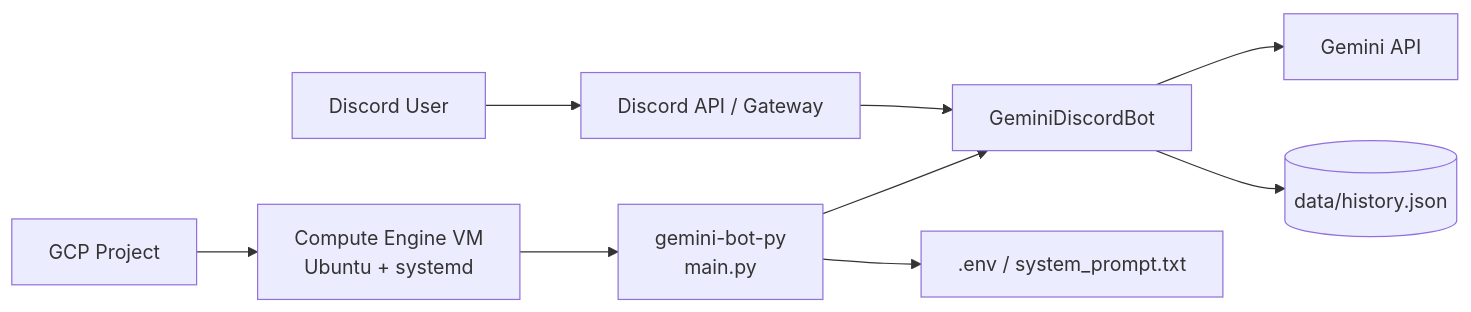
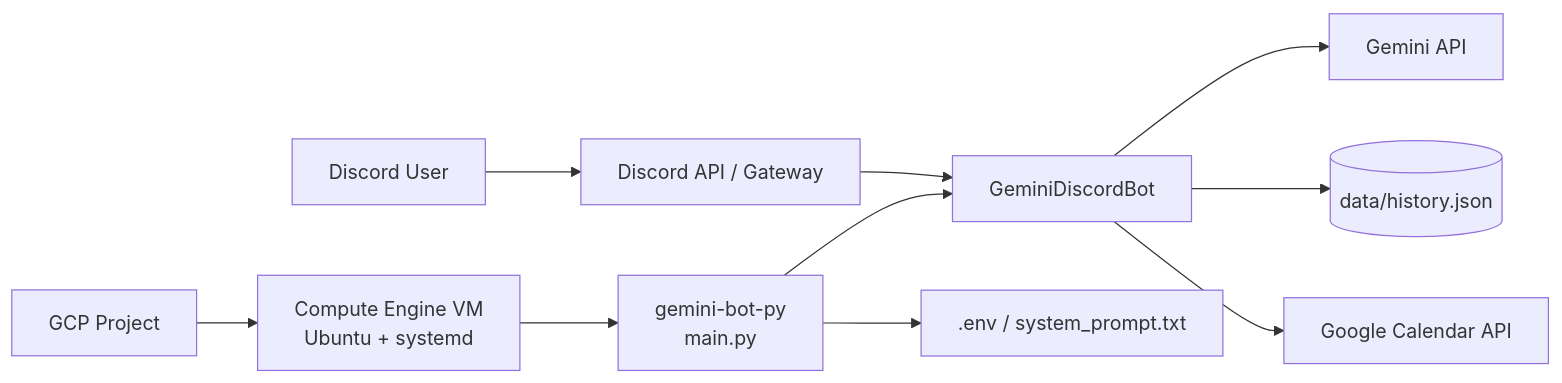
Before and after one commit to s-kirii/gemini-bot-py: the first of 4 diagrams in docs/system-specification.md, drawn with Mermaid. The commit also changed other lines of this file and 9 other files, not shown here.

````diff
--- a/docs/system-specification.md
+++ b/docs/system-specification.md
@@ -19,21 +20,23 @@
 ```mermaid
 flowchart LR
   U[Discord User]
   DC[Discord API / Gateway]
   GCP[GCP Project]
   VM[Compute Engine VM\nUbuntu + systemd]
   APP[gemini-bot-py\nmain.py]
   BOT[GeminiDiscordBot]
   GEM[Gemini API]
   FILE[(data/history.json)]
+  CAL[Google Calendar API]
   ENV[.env / system_prompt.txt]
 
   U --> DC
   DC --> BOT
   GCP --> VM
   VM --> APP
   APP --> ENV
   APP --> BOT
   BOT --> GEM
   BOT --> FILE
+  BOT --> CAL
 ```
````
